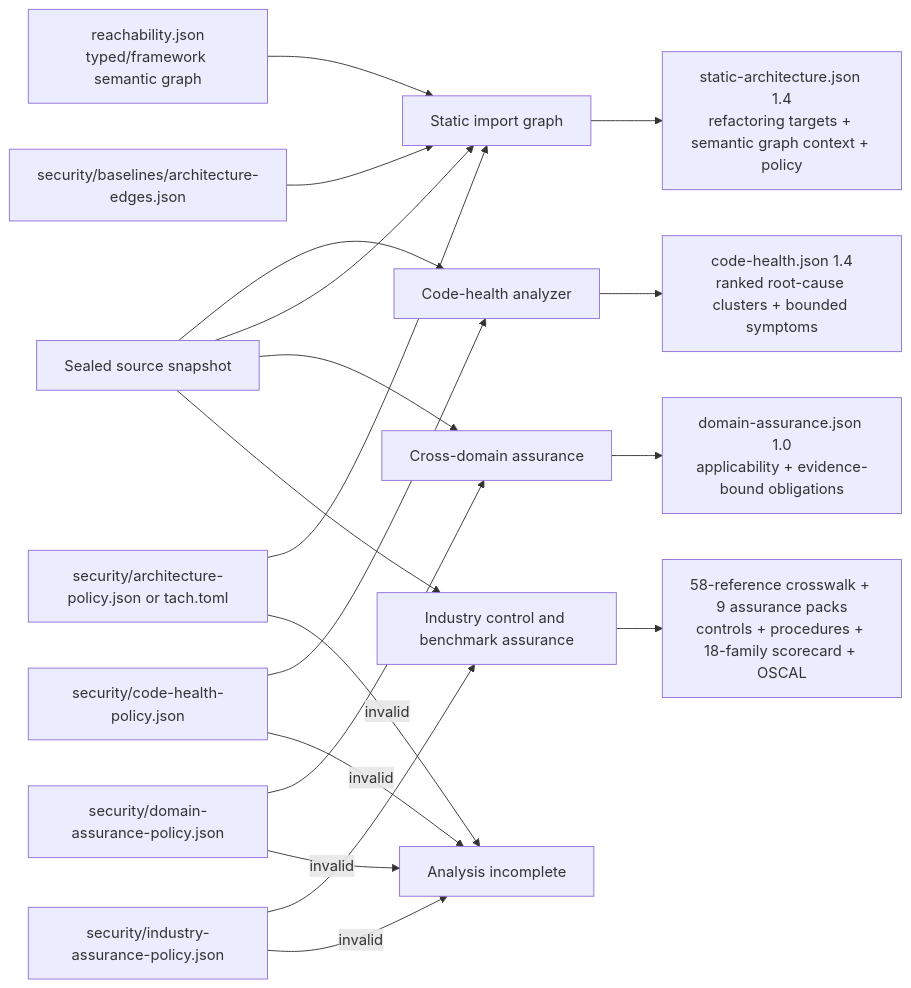
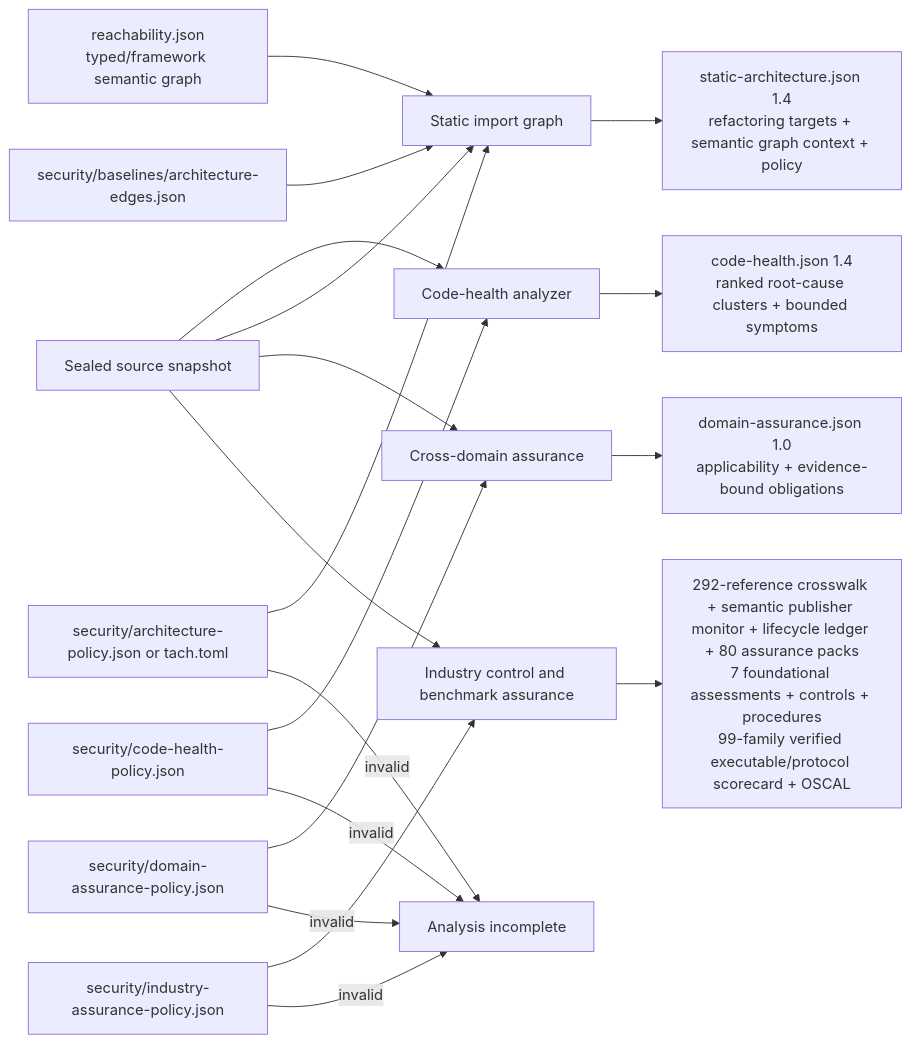
Before and after one commit to willtran87/project-py-security-suite: the third of 3 diagrams in docs/configuration.md, drawn with Mermaid. The commit also changed other lines of this file and 43 other files, not shown here.

Commit message:
feat: harden industry assurance execution

````diff
--- a/docs/configuration.md
+++ b/docs/configuration.md
@@ -132,21 +132,21 @@
 ```mermaid
 flowchart LR
     Snapshot["Sealed source snapshot"] --> Health["Code-health analyzer"]
     HealthPolicy["security/code-health-policy.json"] --> Health
     Snapshot --> Graph["Static import graph"]
     Reachability["reachability.json<br/>typed/framework semantic graph"] --> Graph
     ArchitecturePolicy["security/architecture-policy.json or tach.toml"] --> Graph
     EdgeBaseline["security/baselines/architecture-edges.json"] --> Graph
     Snapshot --> Domains["Cross-domain assurance"]
     DomainPolicy["security/domain-assurance-policy.json"] --> Domains
     Snapshot --> Industry["Industry control and benchmark assurance"]
     IndustryPolicy["security/industry-assurance-policy.json"] --> Industry
     Health --> HealthArtifact["code-health.json 1.4<br/>ranked root-cause clusters + bounded symptoms"]
     Graph --> ArchitectureArtifact["static-architecture.json 1.4<br/>refactoring targets + semantic graph context + policy"]
     Domains --> DomainArtifact["domain-assurance.json 1.0<br/>applicability + evidence-bound obligations"]
-    Industry --> IndustryArtifacts["58-reference crosswalk + 9 assurance packs<br/>controls + procedures + 18-family scorecard + OSCAL"]
+    Industry --> IndustryArtifacts["292-reference crosswalk + semantic publisher monitor + lifecycle ledger + 80 assurance packs<br/>7 foundational assessments + controls + procedures<br/>99-family verified executable/protocol scorecard + OSCAL"]
     HealthPolicy -->|"invalid"| Incomplete["Analysis incomplete"]
     ArchitecturePolicy -->|"invalid"| Incomplete
     DomainPolicy -->|"invalid"| Incomplete
     IndustryPolicy -->|"invalid"| Incomplete
 ```
````
